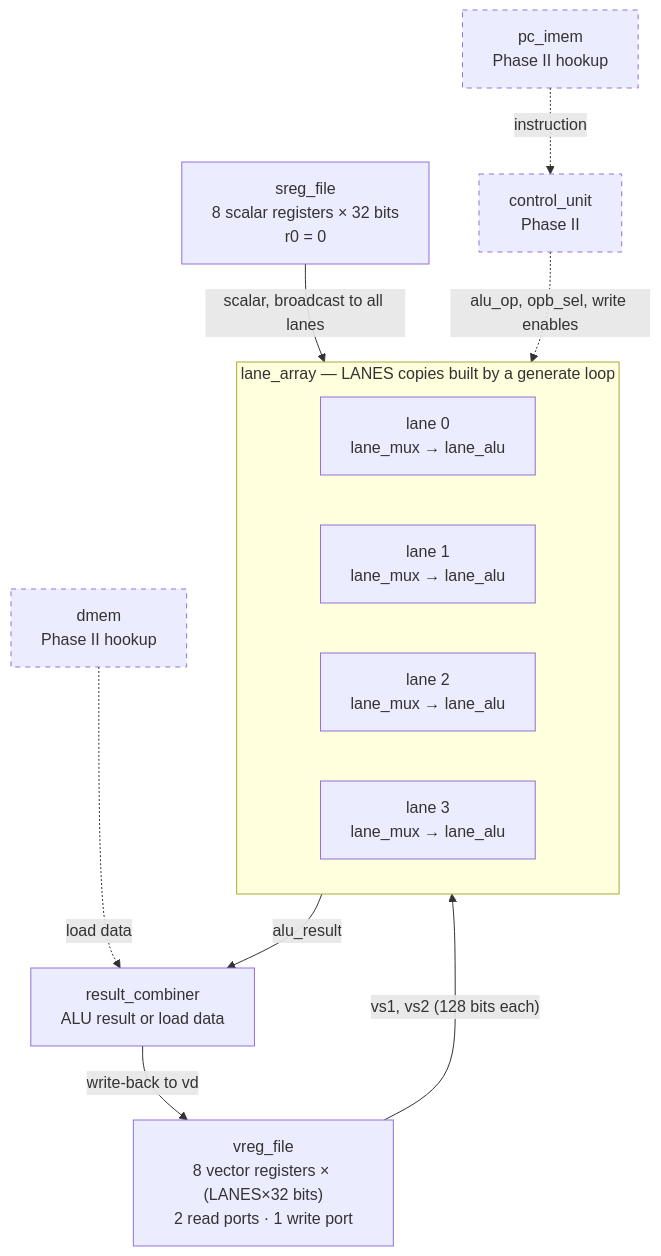
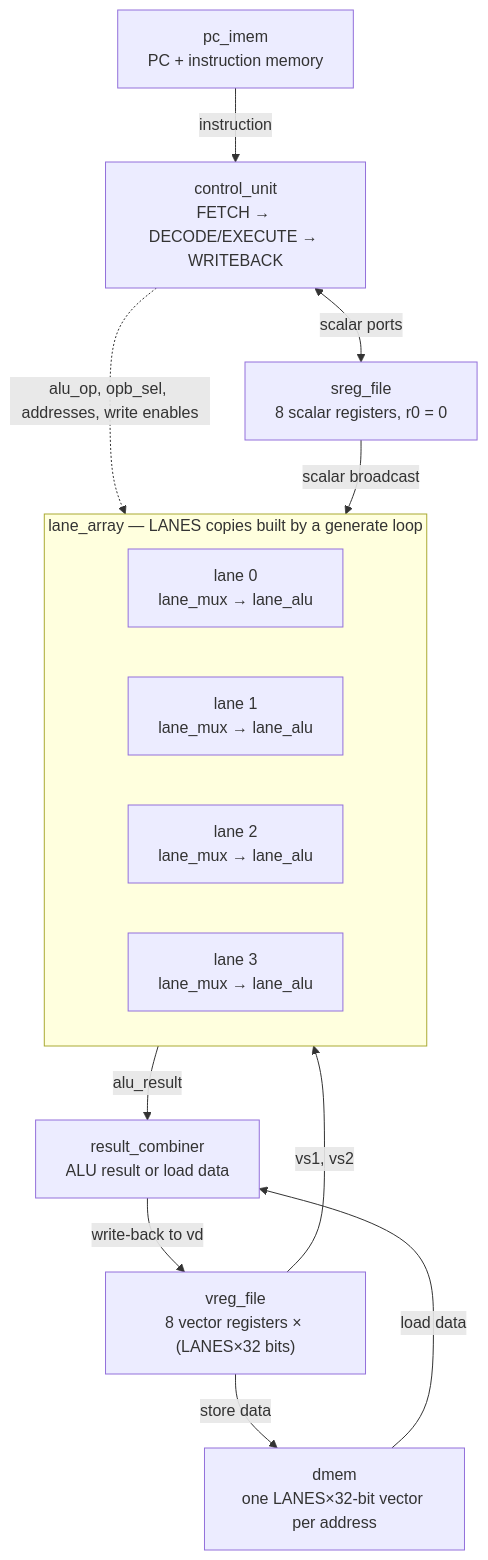
Before and after one commit to ChaitanyaSai-Meka/simd-vector-processing-unit: the first of 2 diagrams in README.md, drawn with Mermaid. The commit also changed other lines of this file, not shown here.

Commit message:
docs(readme): update README for Phase II results, core and commands

````diff
--- a/README.md
+++ b/README.md
@@ -62,30 +67,28 @@
 ```mermaid
 flowchart TB
-    VRF["vreg_file<br/>8 vector registers × (LANES×32 bits)<br/>2 read ports · 1 write port"]
-    SRF["sreg_file<br/>8 scalar registers × 32 bits<br/>r0 = 0"]
+    PC["pc_imem<br/>PC + instruction memory"]
+    CU["control_unit<br/>FETCH → DECODE/EXECUTE → WRITEBACK"]
+    SRF["sreg_file<br/>8 scalar registers, r0 = 0"]
+    VRF["vreg_file<br/>8 vector registers × (LANES×32 bits)"]
 
     subgraph LA["lane_array — LANES copies built by a generate loop"]
         direction LR
         A0["lane 0<br/>lane_mux → lane_alu"]
         A1["lane 1<br/>lane_mux → lane_alu"]
         A2["lane 2<br/>lane_mux → lane_alu"]
         A3["lane 3<br/>lane_mux → lane_alu"]
     end
 
+    DM["dmem<br/>one LANES×32-bit vector per address"]
     RC["result_combiner<br/>ALU result or load data"]
 
-    VRF -- "vs1, vs2 (128 bits each)" --> LA
-    SRF -- "scalar, broadcast to all lanes" --> LA
+    PC -- "instruction" --> CU
+    CU <-- "scalar ports" --> SRF
+    CU -. "alu_op, opb_sel, addresses, write enables" .-> LA
+    VRF -- "vs1, vs2" --> LA
+    SRF -- "scalar broadcast" --> LA
+    VRF -- "store data" --> DM
     LA -- "alu_result" --> RC
+    DM -- "load data" --> RC
     RC -- "write-back to vd" --> VRF
-
-    CU["control_unit<br/>Phase II"]
-    PC["pc_imem<br/>Phase II hookup"]
-    DM["dmem<br/>Phase II hookup"]
-    PC -. "instruction" .-> CU
-    CU -. "alu_op, opb_sel, write enables" .-> LA
-    DM -. "load data" .-> RC
-
-    classDef future stroke-dasharray: 5 5;
-    class CU,PC,DM future
 ```
````
